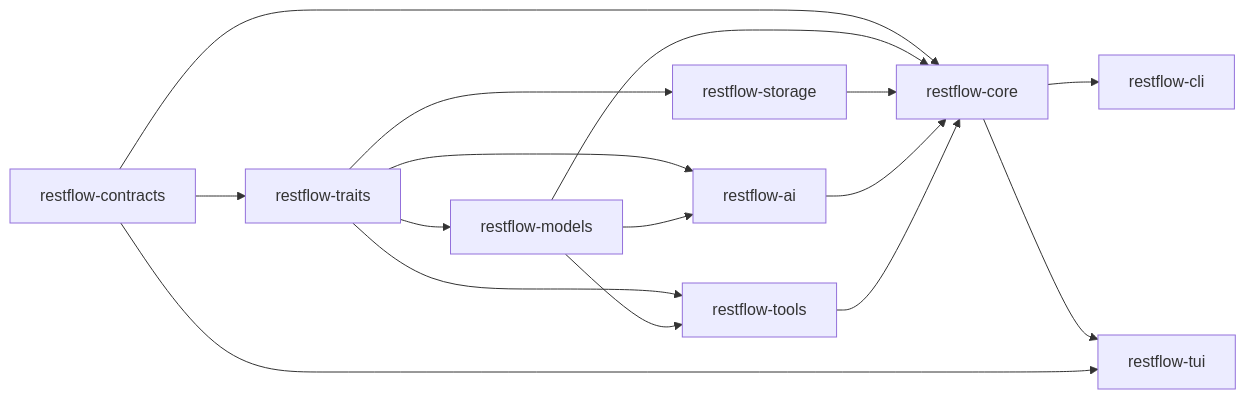
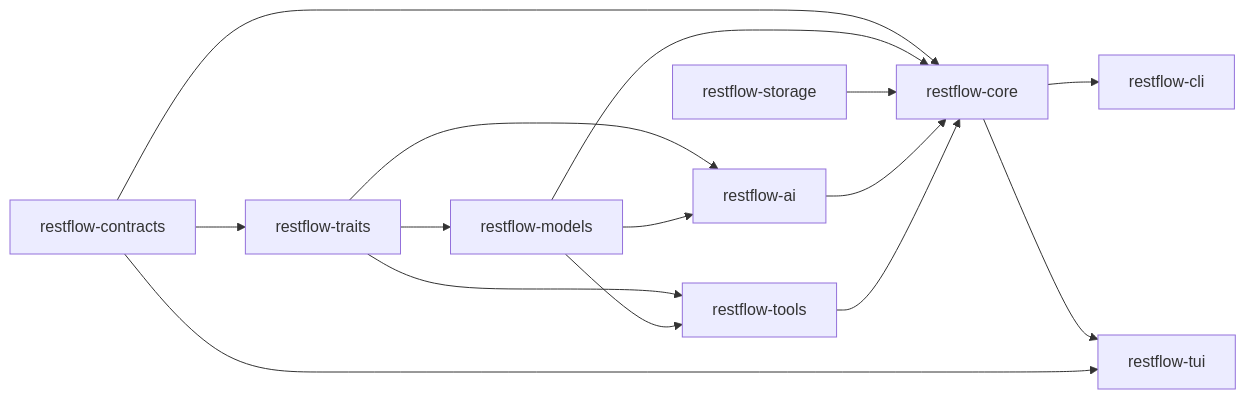
One commit to lhwzds/restflow changed the second of 4 diagrams in SYSTEM_ARCHITECTURE.md. Above: the diagram before and after it, drawn with Mermaid. The commit also changed other lines of this file and 198 other files, not shown here.

````diff
--- a/SYSTEM_ARCHITECTURE.md
+++ b/SYSTEM_ARCHITECTURE.md
@@ -60,20 +59,19 @@
 ```mermaid
 flowchart LR
     Contracts["restflow-contracts"] --> Traits["restflow-traits"]
     Traits --> Models["restflow-models"]
-    Traits --> Storage["restflow-storage"]
     Traits --> Ai["restflow-ai"]
     Traits --> Tools["restflow-tools"]
 
     Models --> Ai
     Models --> Tools
     Contracts --> Core["restflow-core"]
     Models --> Core
-    Storage --> Core
+    Storage["restflow-storage"] --> Core
     Ai --> Core
     Tools --> Core
 
     Core --> Cli["restflow-cli"]
     Core --> Tui["restflow-tui"]
     Contracts --> Tui
 ```
````
